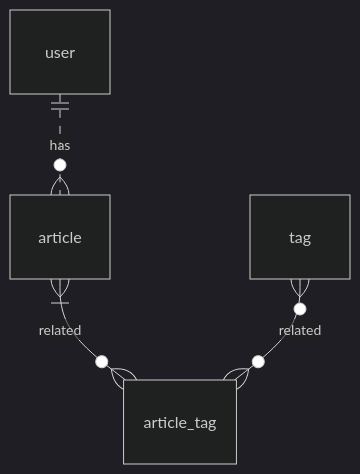
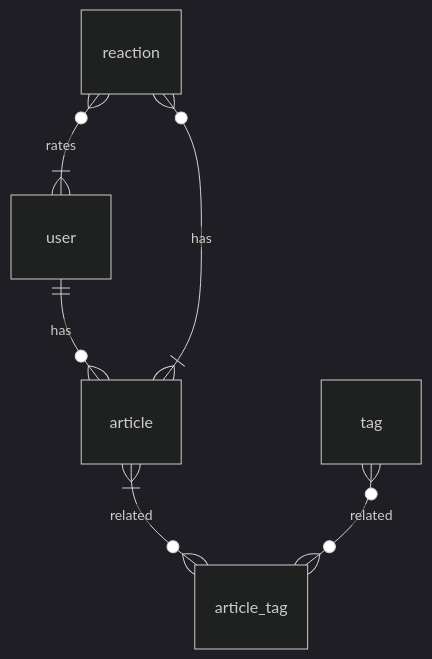
Before and after one commit to boredgus/articles-api: the second of 2 diagrams in README.md, drawn with Mermaid (dark theme). The commit also changed other lines of this file and 50 other files, not shown here.

````diff
--- a/README.md
+++ b/README.md
@@ -53,6 +76,9 @@
 ```mermaid
 erDiagram
-    user  ||..o{ article : has
-    article }|--o{ article_tag : related
-    tag }o--o{ article_tag : related
+  user  ||--o{ article : has
+  article }|--o{ article_tag : related
+  tag }o--o{ article_tag : related
+  reaction }o--|{ article : has
+  reaction }o--|{ user : rates
+
 ```
````
